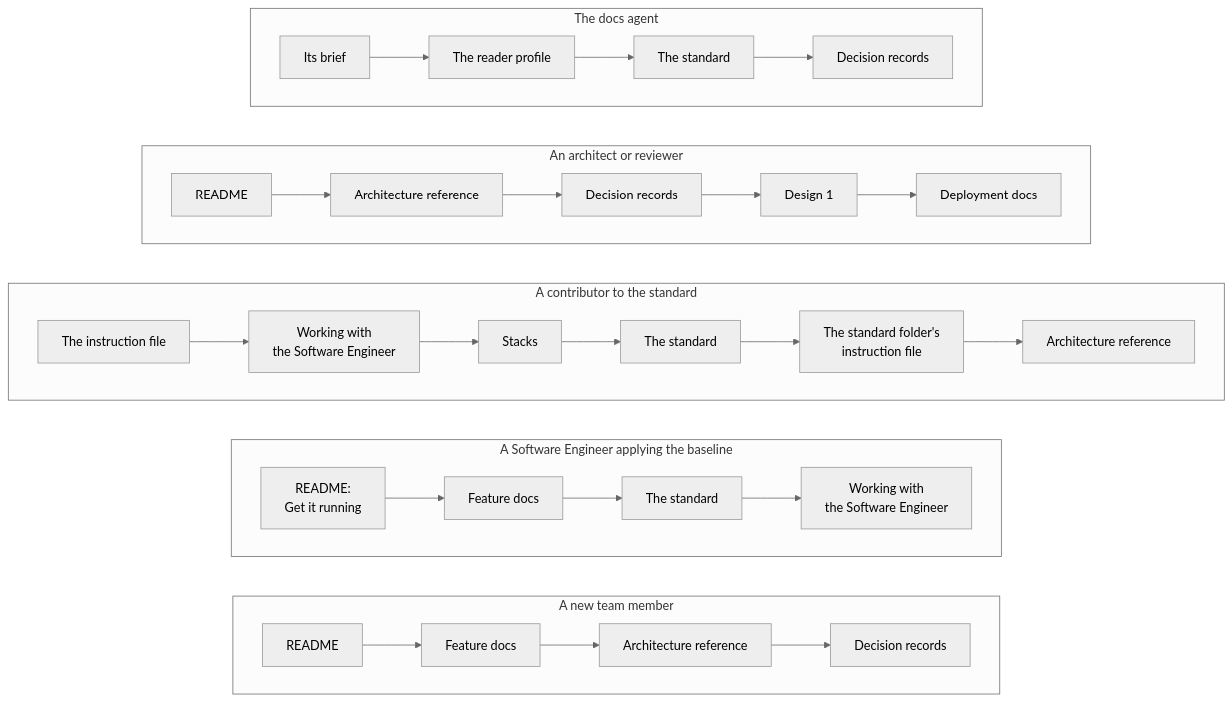
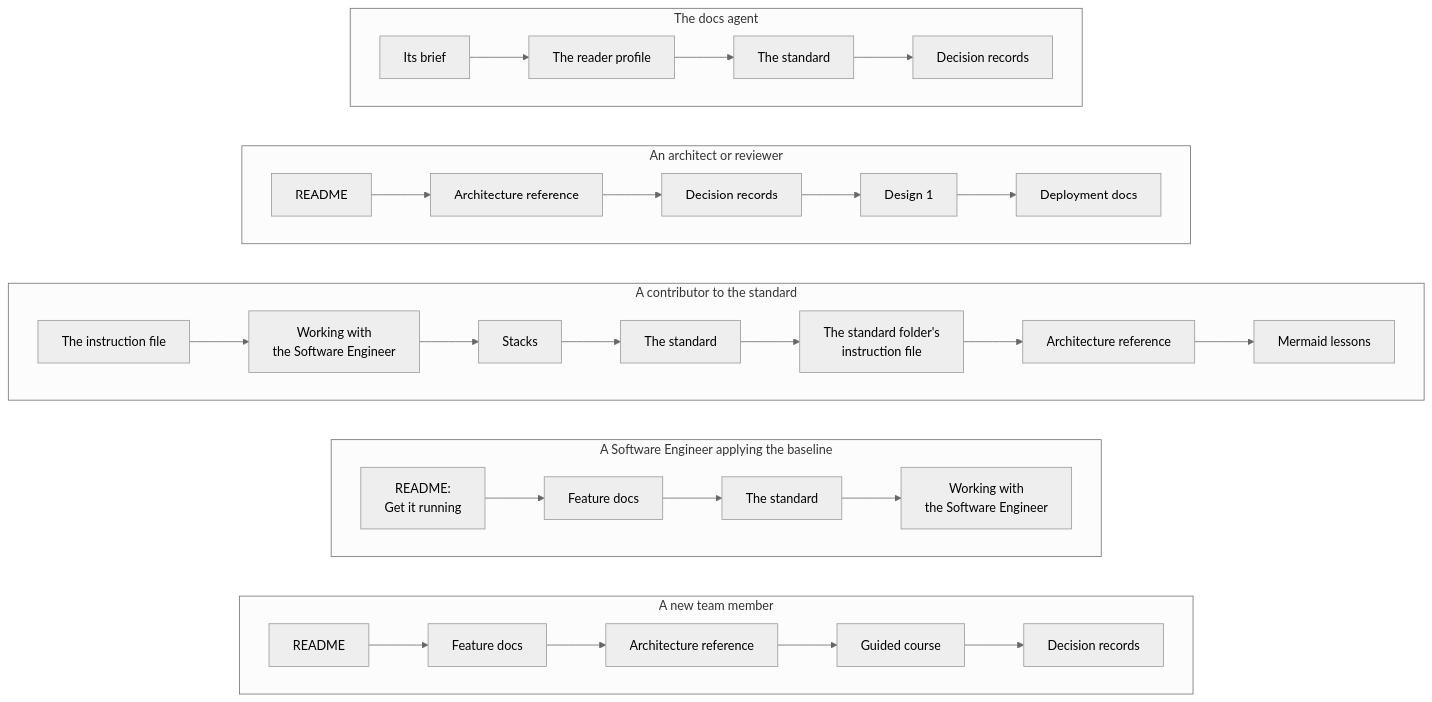
The diagram in docs/reader-profile.md (chandanbsd/baseline-framework), drawn with Mermaid (neutral theme) before and after one commit. The commit also changed other lines of this file and 4 other files, not shown here.

First line of the commit message:
docs: add the Mermaid lessons to the indexes, the README and the reading paths

````diff
--- a/docs/reader-profile.md
+++ b/docs/reader-profile.md
@@ -120,23 +120,23 @@
 ```mermaid
 flowchart LR
     subgraph NH["A new team member"]
         direction LR
-        N1["README"] --> N2["Feature docs"] --> N3["Architecture reference"] --> N4["Decision records"]
+        N1["README"] --> N2["Feature docs"] --> N3["Architecture reference"] --> N5["Guided course"] --> N4["Decision records"]
     end
     subgraph SE["A Software Engineer applying the baseline"]
         direction LR
         S1["README:<br/>Get it running"] --> S2["Feature docs"] --> S3["The standard"] --> S4["Working with<br/>the Software Engineer"]
     end
     subgraph CO["A contributor to the standard"]
         direction LR
-        C1["The instruction file"] --> C2["Working with<br/>the Software Engineer"] --> C3["Stacks"] --> C4["The standard"] --> C6["The standard folder's<br/>instruction file"] --> C5["Architecture reference"]
+        C1["The instruction file"] --> C2["Working with<br/>the Software Engineer"] --> C3["Stacks"] --> C4["The standard"] --> CS["The standard folder's<br/>instruction file"] --> C5["Architecture reference"] --> C6["Mermaid lessons"]
     end
     subgraph AR["An architect or reviewer"]
         direction LR
         A1["README"] --> A2["Architecture reference"] --> A3["Decision records"] --> A4["Design 1"] --> A5["Deployment docs"]
     end
     subgraph DA["The docs agent"]
         direction LR
         D1["Its brief"] --> D2["The reader profile"] --> D3["The standard"] --> D4["Decision records"]
     end
 ```
````
